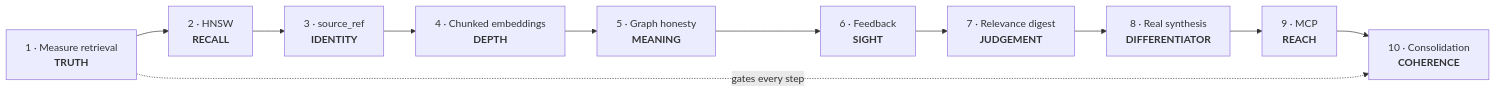
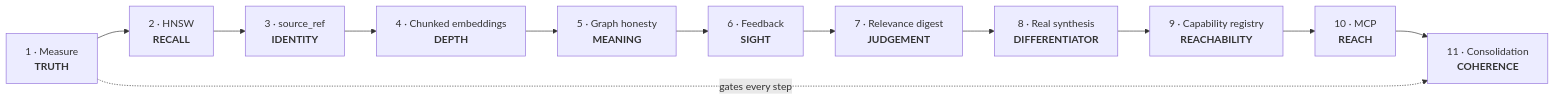
The second of 2 diagrams in docs/Product_Direction_2026-07-31.md (pkirsanov/smackerel), drawn with Mermaid before and after one commit. The commit also changed other lines of this file, not shown here.

First line of the commit message:
docs: sixth-pass review — capability reachability collapse (D17)

````diff
--- a/docs/Product_Direction_2026-07-31.md
+++ b/docs/Product_Direction_2026-07-31.md
@@ -341,13 +352,14 @@
 ```mermaid
 graph LR
-    S1["1 · Measure retrieval<br/><b>TRUTH</b>"] --> S2["2 · HNSW<br/><b>RECALL</b>"]
+    S1["1 · Measure<br/><b>TRUTH</b>"] --> S2["2 · HNSW<br/><b>RECALL</b>"]
     S2 --> S3["3 · source_ref<br/><b>IDENTITY</b>"]
     S3 --> S4["4 · Chunked embeddings<br/><b>DEPTH</b>"]
     S4 --> S5["5 · Graph honesty<br/><b>MEANING</b>"]
     S5 --> S6["6 · Feedback<br/><b>SIGHT</b>"]
     S6 --> S7["7 · Relevance digest<br/><b>JUDGEMENT</b>"]
     S7 --> S8["8 · Real synthesis<br/><b>DIFFERENTIATOR</b>"]
-    S8 --> S9["9 · MCP<br/><b>REACH</b>"]
-    S9 --> S10["10 · Consolidation<br/><b>COHERENCE</b>"]
-    S1 -.->|gates every step| S10
+    S8 --> S9["9 · Capability registry<br/><b>REACHABILITY</b>"]
+    S9 --> S10["10 · MCP<br/><b>REACH</b>"]
+    S10 --> S11["11 · Consolidation<br/><b>COHERENCE</b>"]
+    S1 -.->|gates every step| S11
 ```
````
